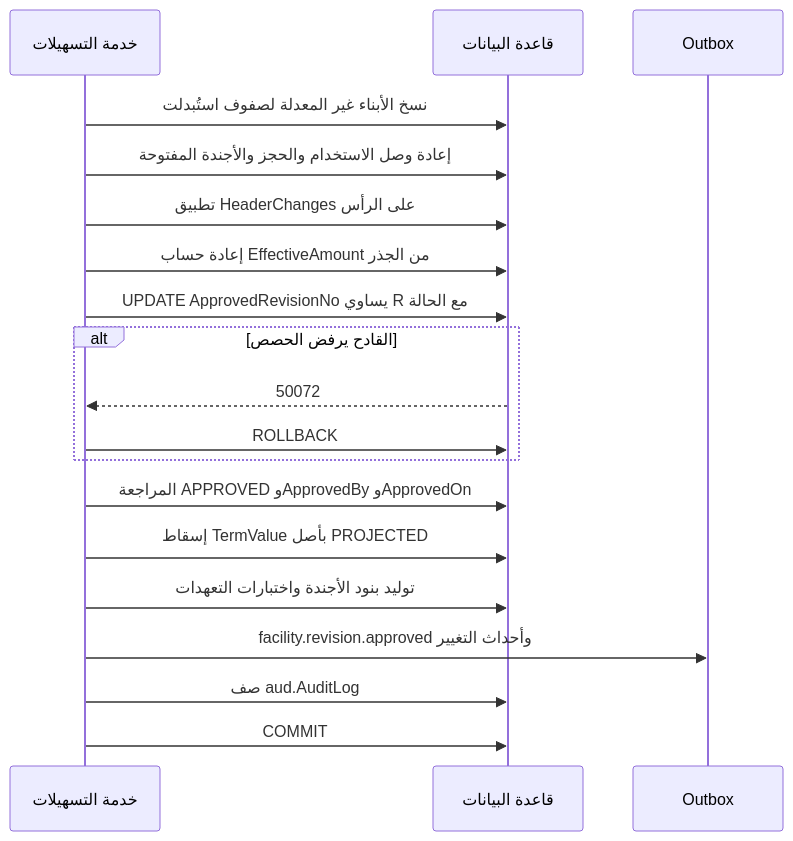
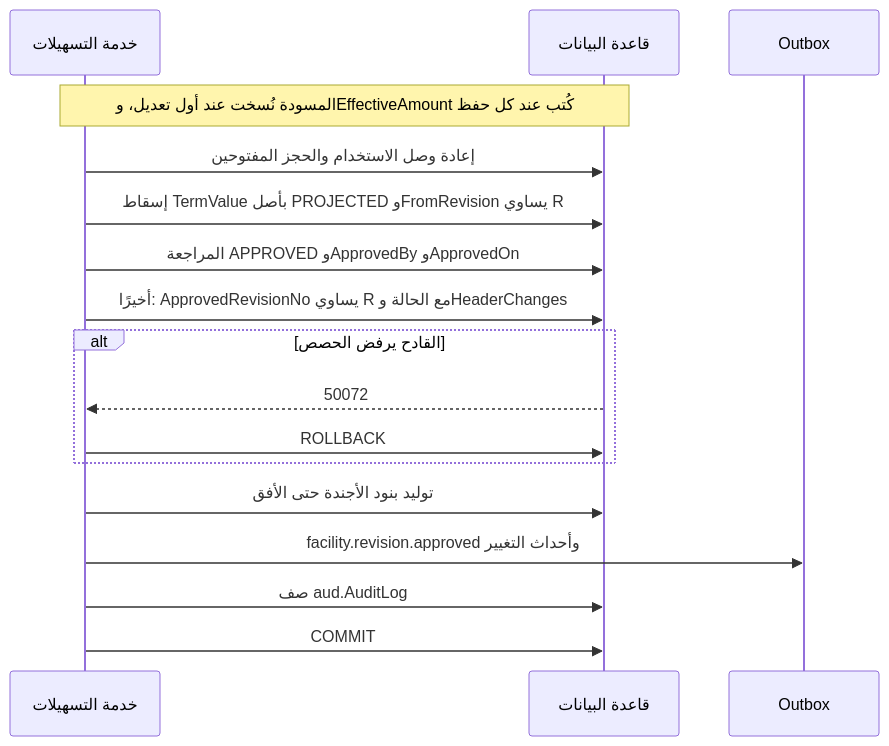
One commit to thawrasy/smartlines changed the fifth of 7 diagrams in treasury-platform/docs/30-readiness/DOC-F13-facility-entry-review-projection-sequence.md. Above: the diagram before and after it, drawn with Mermaid. The commit also changed other lines of this file and 59 other files, not shown here.

````diff
--- a/treasury-platform/docs/30-readiness/DOC-F13-facility-entry-review-projection-sequence.md
+++ b/treasury-platform/docs/30-readiness/DOC-F13-facility-entry-review-projection-sequence.md
@@ -231,21 +231,19 @@
 ```mermaid
 sequenceDiagram
   participant A as خدمة التسهيلات
   participant D as قاعدة البيانات
   participant O as Outbox
-  A->>D: نسخ الأبناء غير المعدلة لصفوف استُبدلت
-  A->>D: إعادة وصل الاستخدام والحجز والأجندة المفتوحة
-  A->>D: تطبيق HeaderChanges على الرأس
-  A->>D: إعادة حساب EffectiveAmount من الجذر
-  A->>D: UPDATE ApprovedRevisionNo يساوي R مع الحالة
+  Note over A,D: المسودة نُسخت عند أول تعديل، وEffectiveAmount كُتب عند كل حفظ
+  A->>D: إعادة وصل الاستخدام والحجز المفتوحين
+  A->>D: إسقاط TermValue بأصل PROJECTED وFromRevision يساوي R
+  A->>D: المراجعة APPROVED وApprovedBy وApprovedOn
+  A->>D: أخيرًا: ApprovedRevisionNo يساوي R مع الحالة وHeaderChanges
   alt القادح يرفض الحصص
     D-->>A: 50072
     A->>D: ROLLBACK
   end
-  A->>D: المراجعة APPROVED وApprovedBy وApprovedOn
-  A->>D: إسقاط TermValue بأصل PROJECTED
-  A->>D: توليد بنود الأجندة واختبارات التعهدات
+  A->>D: توليد بنود الأجندة حتى الأفق
   A->>O: facility.revision.approved وأحداث التغيير
   A->>D: صف aud.AuditLog
   A->>D: COMMIT
 ```
````
